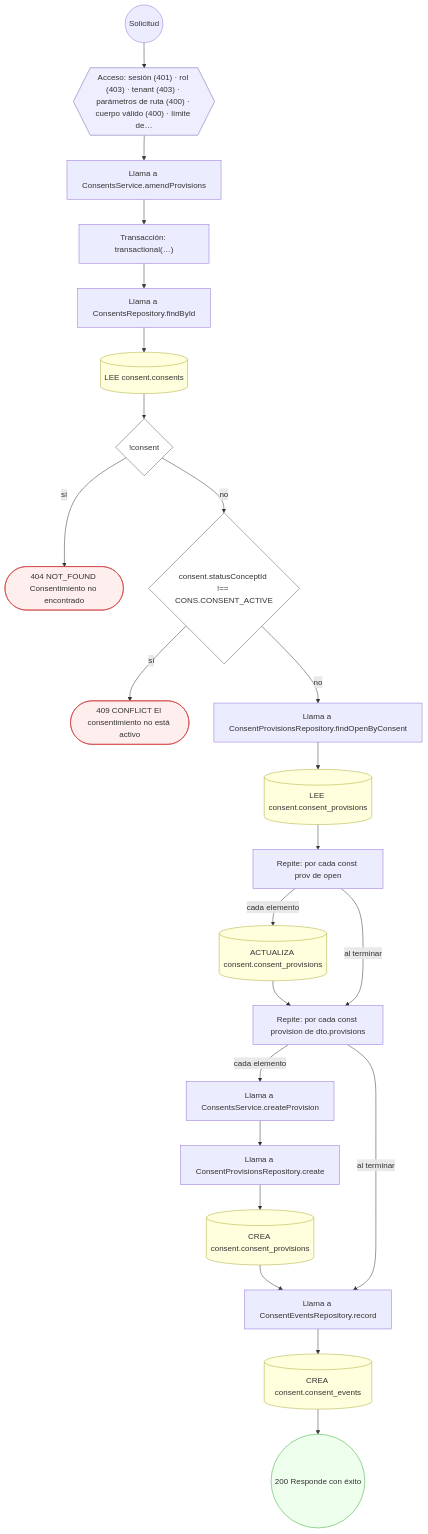
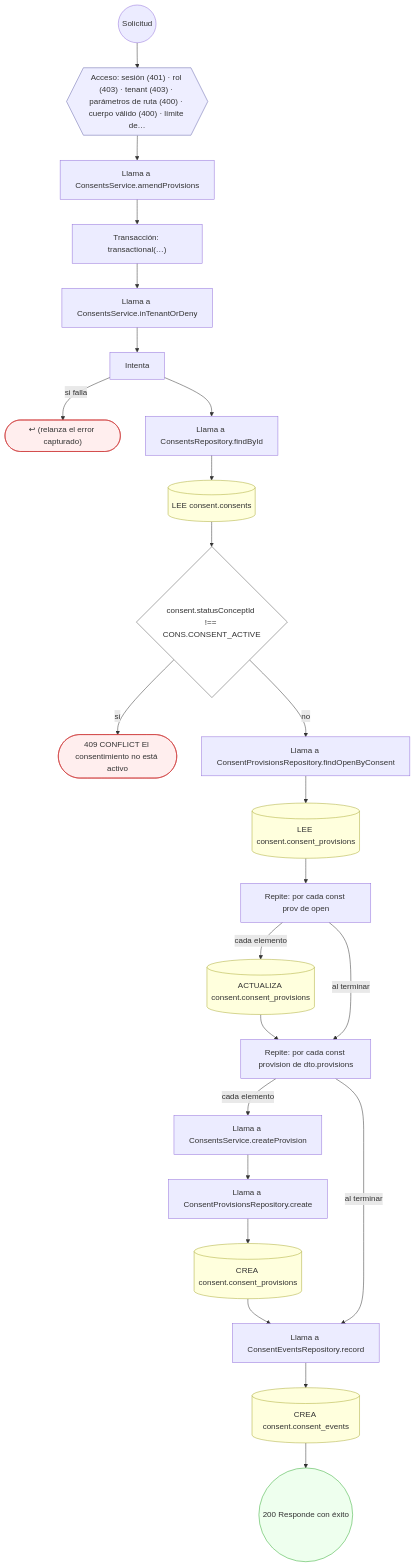
The fifth of 19 diagrams in docs/inventario/flujos/consent.md (mdavila-2001/mantra-core-health-api), drawn with Mermaid before and after one commit. The commit also changed other lines of this file and 438 other files, not shown here.

````diff
--- a/docs/inventario/flujos/consent.md
+++ b/docs/inventario/flujos/consent.md
@@ -488,52 +544,54 @@
 ```mermaid
 flowchart TD
   n1(("Solicitud")):::inicio
   n2{{"Acceso: sesión (401) · rol (403) · tenant (403) · parámetros de ruta (400) · cuerpo válido (400) · límite de…"}}:::acceso
   n1 --> n2
   n3["Llama a ConsentsService.amendProvisions"]:::llamada
   n2 --> n3
   n4["Transacción: transactional(…)"]:::transaccion
   n3 --> n4
-  n5["Llama a ConsentsRepository.findById"]:::llamada
+  n5["Llama a ConsentsService.inTenantOrDeny"]:::llamada
   n4 --> n5
-  n6[("LEE consent.consents")]:::efecto
+  n6["Intenta"]:::intento
   n5 --> n6
-  n7{"!consent"}:::decision
-  n6 --> n7
-  n8(["404 NOT_FOUND Consentimiento no encontrado"]):::error
-  n7 -->|"sí"| n8
-  n9{"consent.statusConceptId !== CONS.CONSENT_ACTIVE"}:::decision
-  n7 -->|"no"| n9
-  n10(["409 CONFLICT El consentimiento no está activo"]):::error
-  n9 -->|"sí"| n10
-  n11["Llama a ConsentProvisionsRepository.findOpenByConsent"]:::llamada
-  n9 -->|"no"| n11
-  n12[("LEE consent.consent_provisions")]:::efecto
-  n11 --> n12
-  n13["Repite: por cada const prov de open"]:::bucle
+  n7(["↩ (relanza el error capturado)"]):::error
+  n6 -->|"si falla"| n7
+  n8["Llama a ConsentsRepository.findById"]:::llamada
+  n6 --> n8
+  n9[("LEE consent.consents")]:::efecto
+  n8 --> n9
+  n10{"consent.statusConceptId !== CONS.CONSENT_ACTIVE"}:::decision
+  n9 --> n10
+  n11(["409 CONFLICT El consentimiento no está activo"]):::error
+  n10 -->|"sí"| n11
+  n12["Llama a ConsentProvisionsRepository.findOpenByConsent"]:::llamada
+  n10 -->|"no"| n12
+  n13[("LEE consent.consent_provisions")]:::efecto
   n12 --> n13
-  n14[("ACTUALIZA consent.consent_provisions")]:::efecto
-  n13 -->|"cada elemento"| n14
-  n15["Repite: por cada const provision de dto.provisions"]:::bucle
-  n14 --> n15
-  n13 -->|"al terminar"| n15
-  n16["Llama a ConsentsService.createProvision"]:::llamada
-  n15 -->|"cada elemento"| n16
-  n17["Llama a ConsentProvisionsRepository.create"]:::llamada
-  n16 --> n17
-  n18[("CREA consent.consent_provisions")]:::efecto
+  n14["Repite: por cada const prov de open"]:::bucle
+  n13 --> n14
+  n15[("ACTUALIZA consent.consent_provisions")]:::efecto
+  n14 -->|"cada elemento"| n15
+  n16["Repite: por cada const provision de dto.provisions"]:::bucle
+  n15 --> n16
+  n14 -->|"al terminar"| n16
+  n17["Llama a ConsentsService.createProvision"]:::llamada
+  n16 -->|"cada elemento"| n17
+  n18["Llama a ConsentProvisionsRepository.create"]:::llamada
   n17 --> n18
-  n19["Llama a ConsentEventsRepository.record"]:::llamada
+  n19[("CREA consent.consent_provisions")]:::efecto
   n18 --> n19
-  n15 -->|"al terminar"| n19
-  n20[("CREA consent.consent_events")]:::efecto
+  n20["Llama a ConsentEventsRepository.record"]:::llamada
   n19 --> n20
-  n21(("200 Responde con éxito")):::ok
+  n16 -->|"al terminar"| n20
+  n21[("CREA consent.consent_events")]:::efecto
   n20 --> n21
+  n22(("200 Responde con éxito")):::ok
+  n21 --> n22
   classDef acceso fill:#eef,stroke:#66a
   classDef error fill:#fee,stroke:#c33
   classDef ok fill:#efe,stroke:#3a3
   classDef efecto fill:#ffd,stroke:#aa3
   classDef decision fill:#fff,stroke:#555
   classDef corte fill:#eee,stroke:#999,stroke-dasharray: 4
 ```
````
